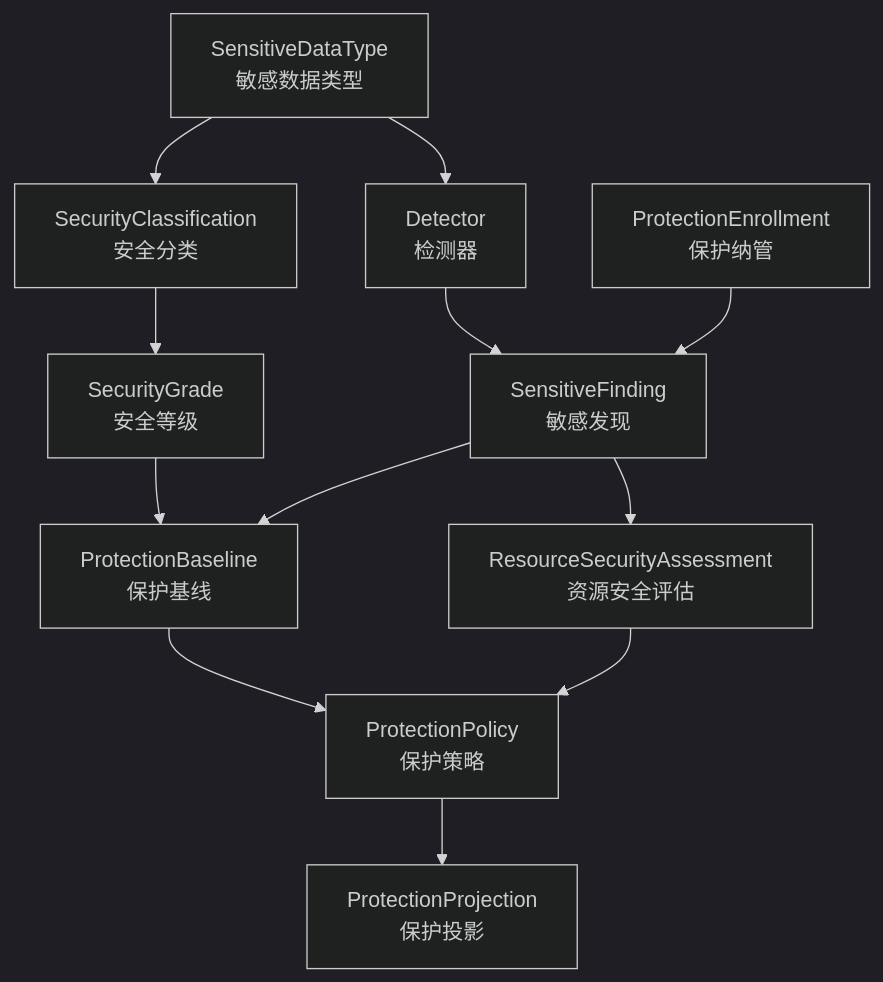
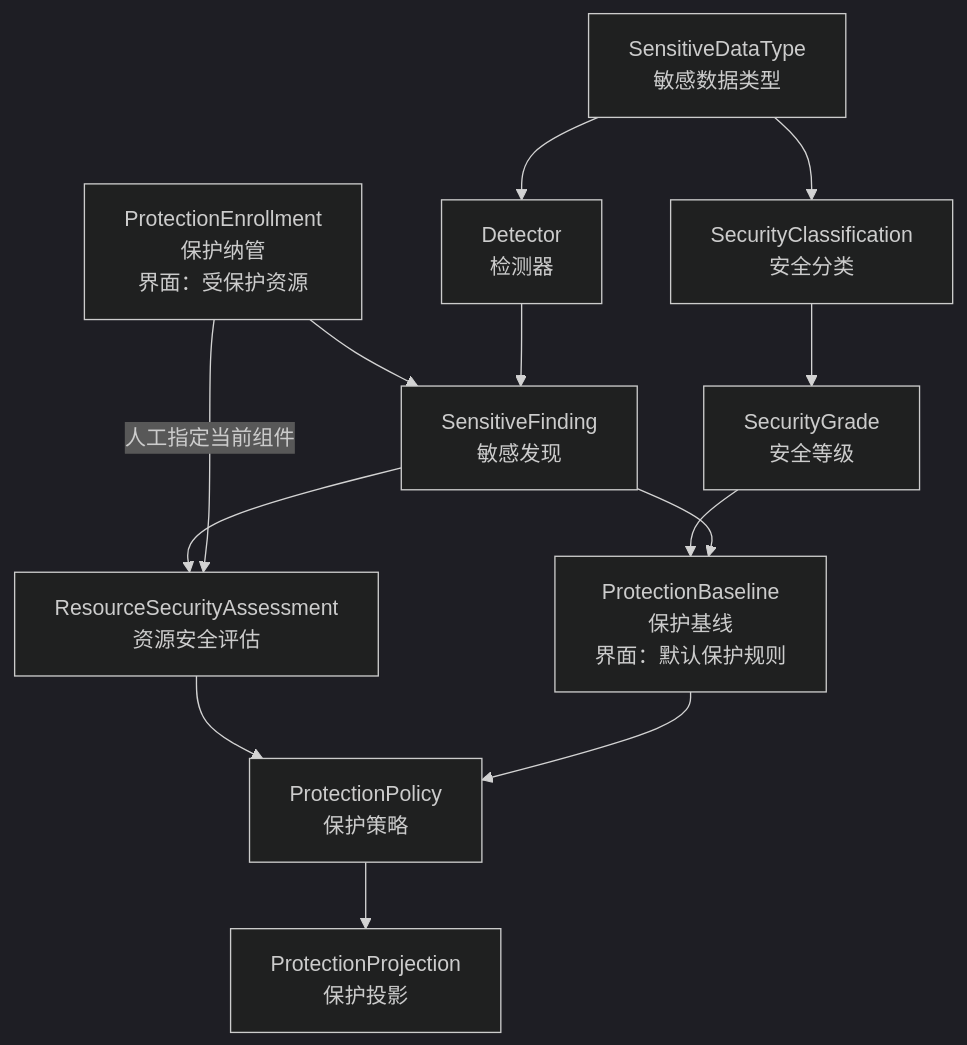
The first of 5 diagrams in docs/concepts/addp数据安全与隐私保护体系图.md (pampa0629/addp), drawn with Mermaid (dark theme) before and after one commit. The commit also changed other lines of this file and 336 other files, not shown here.

````diff
--- a/docs/concepts/addp数据安全与隐私保护体系图.md
+++ b/docs/concepts/addp数据安全与隐私保护体系图.md
@@ -19,25 +19,26 @@
 ```mermaid
 flowchart TB
     Type[SensitiveDataType<br/>敏感数据类型]
     Classification[SecurityClassification<br/>安全分类]
     Grade[SecurityGrade<br/>安全等级]
     Detector[Detector<br/>检测器]
-    Baseline[ProtectionBaseline<br/>保护基线]
-    Enrollment[ProtectionEnrollment<br/>保护纳管]
+    Baseline[ProtectionBaseline<br/>保护基线<br/>界面：默认保护规则]
+    Enrollment[ProtectionEnrollment<br/>保护纳管<br/>界面：受保护资源]
     Finding[SensitiveFinding<br/>敏感发现]
     Assessment[ResourceSecurityAssessment<br/>资源安全评估]
     Policy[ProtectionPolicy<br/>保护策略]
     Projection[ProtectionProjection<br/>保护投影]
 
     Type --> Detector
     Type --> Classification
     Classification --> Grade
     Grade --> Baseline
     Enrollment --> Finding
     Detector --> Finding
     Finding --> Assessment
+    Enrollment -->|人工指定当前组件| Assessment
     Finding --> Baseline
     Assessment --> Policy
     Baseline --> Policy
     Policy --> Projection
 ```
````
